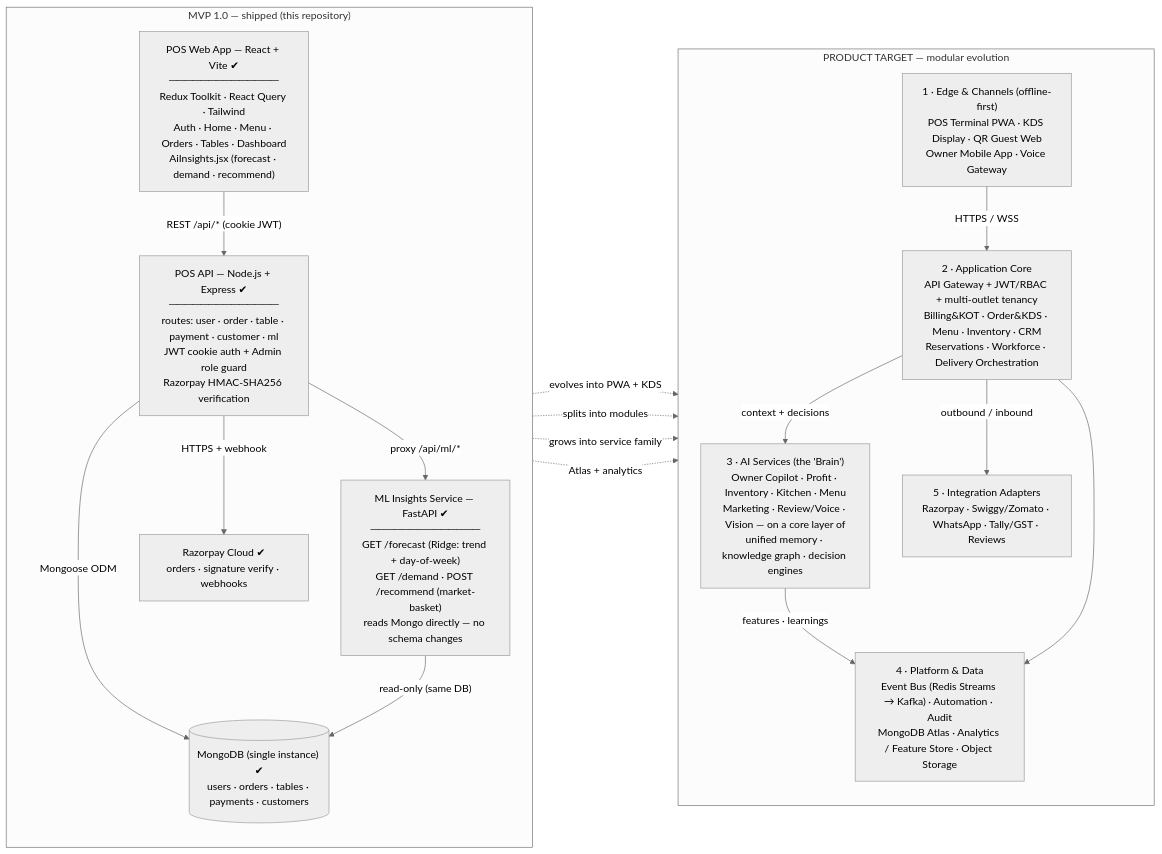
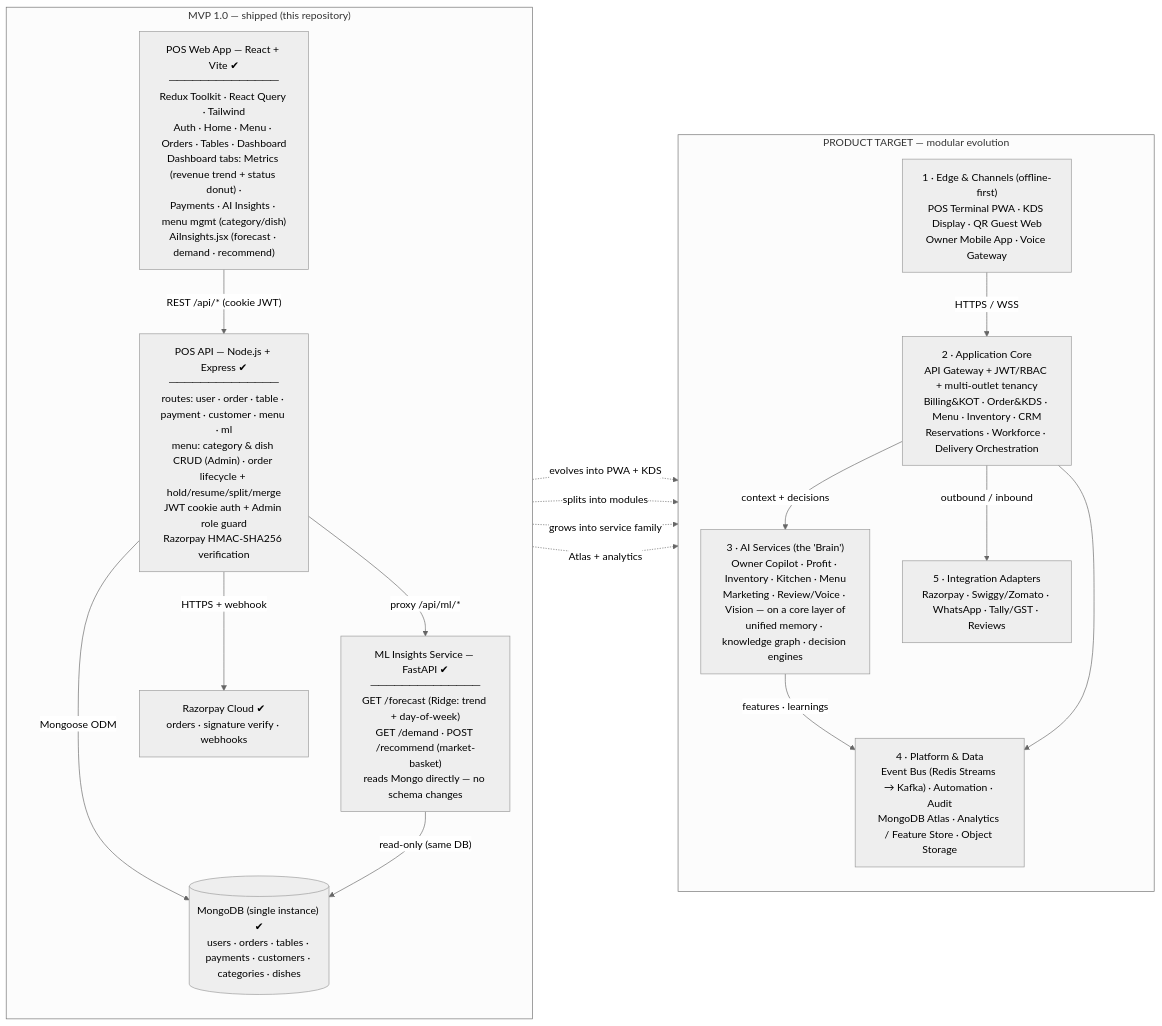
Before and after one commit to Lucifer-Newstar/DigiCraveOS: the second of 20 diagrams in digicrave-architecture/ARCHITECTURE-AND-UML.md, drawn with Mermaid (neutral theme). The commit also changed other lines of this file, not shown here.

First line of the commit message:
docs(uml-sync): update diagrams to reflect built menu mgmt, payments tab, category/dish models & metrics charts

````diff
--- a/digicrave-architecture/ARCHITECTURE-AND-UML.md
+++ b/digicrave-architecture/ARCHITECTURE-AND-UML.md
@@ -82,40 +82,40 @@
 ```mermaid
 %% A2 — CONTAINER DIAGRAM (C4 Level 2)
 %% Left: the five deployable containers in the repo today (green border = built).
 %% Right: the product target — MVP containers evolve in place (no rewrite).
 flowchart LR
     subgraph MVP["MVP 1.0 — shipped (this repository)"]
         direction TB
-        FE["POS Web App — React + Vite ✔<br>──────────────<br>Redux Toolkit · React Query · Tailwind<br>Auth · Home · Menu · Orders · Tables · Dashboard<br>AiInsights.jsx (forecast · demand · recommend)"]
-        API["POS API — Node.js + Express ✔<br>──────────────<br>routes: user · order · table · payment · customer · ml<br>JWT cookie auth + Admin role guard<br>Razorpay HMAC-SHA256 verification"]
+        FE["POS Web App — React + Vite ✔<br>──────────────<br>Redux Toolkit · React Query · Tailwind<br>Auth · Home · Menu · Orders · Tables · Dashboard<br>Dashboard tabs: Metrics (revenue trend + status donut) ·<br>Payments · AI Insights · menu mgmt (category/dish)<br>AiInsights.jsx (forecast · demand · recommend)"]
+        API["POS API — Node.js + Express ✔<br>──────────────<br>routes: user · order · table · payment · customer · menu · ml<br>menu: category & dish CRUD (Admin) · order lifecycle + hold/resume/split/merge<br>JWT cookie auth + Admin role guard<br>Razorpay HMAC-SHA256 verification"]
         MLS["ML Insights Service — FastAPI ✔<br>──────────────<br>GET /forecast (Ridge: trend + day-of-week)<br>GET /demand · POST /recommend (market-basket)<br>reads Mongo directly — no schema changes"]
-        MGO[("MongoDB (single instance) ✔<br>users · orders · tables · payments · customers")]
+        MGO[("MongoDB (single instance) ✔<br>users · orders · tables · payments · customers · categories · dishes")]
         RZP["Razorpay Cloud ✔<br>orders · signature verify · webhooks"]
 
         FE -- "REST /api/* (cookie JWT)" --> API
         API -- "proxy /api/ml/*" --> MLS
         API -- "Mongoose ODM" --> MGO
         MLS -- "read-only (same DB)" --> MGO
         API -- "HTTPS + webhook" --> RZP
     end
 
     subgraph TARGET["PRODUCT TARGET — modular evolution"]
         direction TB
         EDGE["1 · Edge & Channels (offline-first)<br>POS Terminal PWA · KDS Display · QR Guest Web<br>Owner Mobile App · Voice Gateway"]
         CORE["2 · Application Core<br>API Gateway + JWT/RBAC + multi-outlet tenancy<br>Billing&KOT · Order&KDS · Menu · Inventory · CRM<br>Reservations · Workforce · Delivery Orchestration"]
         BRAIN["3 · AI Services (the 'Brain')<br>Owner Copilot · Profit · Inventory · Kitchen · Menu<br>Marketing · Review/Voice · Vision — on a core layer of<br>unified memory · knowledge graph · decision engines"]
         DATA["4 · Platform & Data<br>Event Bus (Redis Streams → Kafka) · Automation · Audit<br>MongoDB Atlas · Analytics / Feature Store · Object Storage"]
         INT["5 · Integration Adapters<br>Razorpay · Swiggy/Zomato · WhatsApp · Tally/GST · Reviews"]
 
         EDGE -- "HTTPS / WSS" --> CORE
         CORE -- "context + decisions" --> BRAIN
         BRAIN -- "features · learnings" --> DATA
         CORE --> DATA
         CORE -- "outbound / inbound" --> INT
     end
 
     FE -. "evolves into PWA + KDS" .-> EDGE
     API -. "splits into modules" .-> CORE
     MLS -. "grows into service family" .-> BRAIN
     MGO -. "Atlas + analytics" .-> DATA
 ```
````
